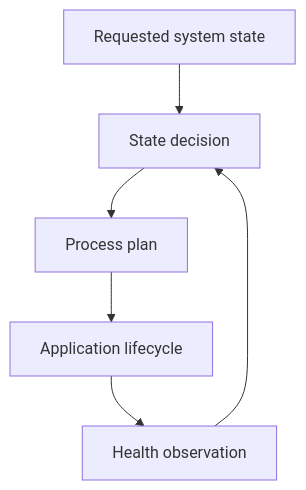
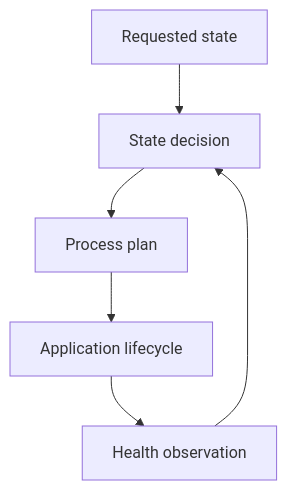
One commit to ThePo1es/adaptive-vehicle-platform-lab changed the second of 2 diagrams in docs/learning-strategy.md. Above: the diagram before and after it, drawn with Mermaid. The commit also changed other lines of this file and 62 other files, not shown here.

````diff
--- a/docs/learning-strategy.md
+++ b/docs/learning-strategy.md
@@ -73,8 +77,8 @@
 ```mermaid
 flowchart TB
-    Request["Requested system state"] --> SM["State decision"]
+    Req["Requested state"] --> SM["State decision"]
     SM --> EM["Process plan"]
     EM --> App["Application lifecycle"]
     App --> PHM["Health observation"]
     PHM --> SM
 ```
````
